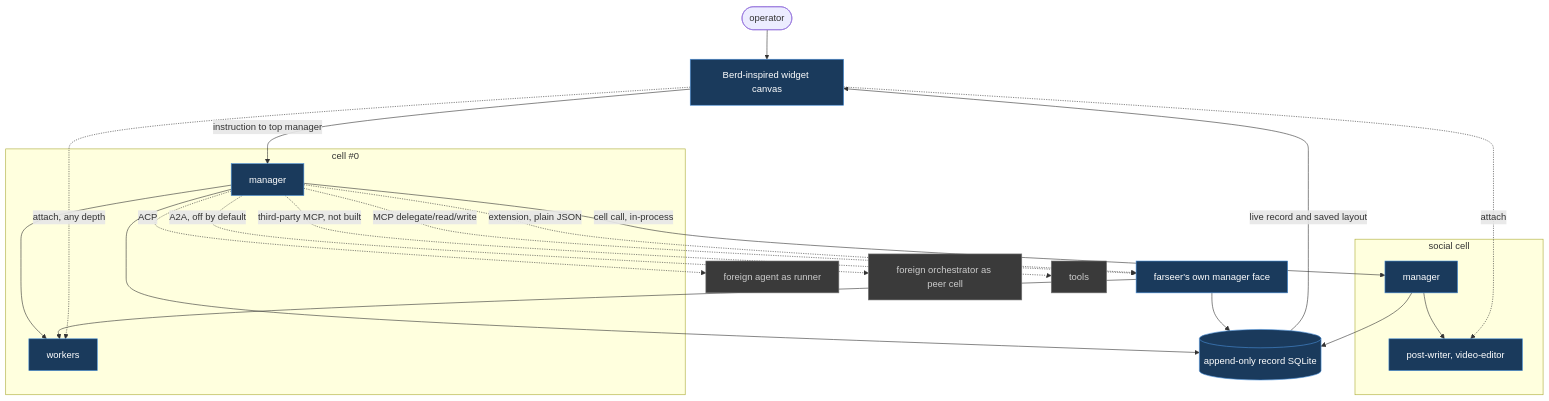
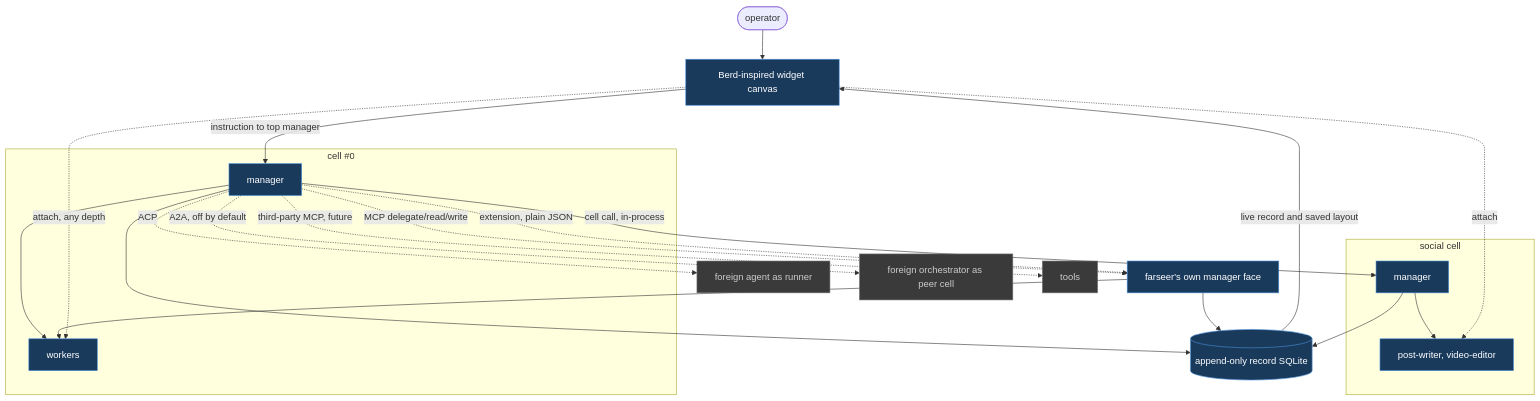
One commit to izanorshahril/farseer changed the diagram in README.md. Above: the diagram before and after it, drawn with Mermaid. The commit also changed other lines of this file and 71 other files, not shown here.

````diff
--- a/README.md
+++ b/README.md
@@ -25,37 +26,37 @@
 ```mermaid
 graph TD
   OP([operator]) --> UI[Berd-inspired widget canvas]
   UI -->|instruction to top manager| M0
 
   subgraph C0["cell #0"]
     M0[manager]
     W0[workers]
     M0 --> W0
   end
 
   subgraph CS["social cell"]
     MS[manager]
     WS[post-writer, video-editor]
     MS --> WS
   end
 
   M0 -->|cell call, in-process| MS
   M0 -.->|ACP| RUN[foreign agent as runner]
   M0 -.->|A2A, off by default| PEER[foreign orchestrator as peer cell]
-  M0 -.->|third-party MCP, not built| TOOL[tools]
+  M0 -.->|third-party MCP, future| TOOL[tools]
   M0 -.->|MCP delegate/read/write| MCPFACE[farseer's own manager face]
   M0 -.->|extension, plain JSON| MCPFACE
   MCPFACE --> W0
   MCPFACE --> REC
 
   M0 --> REC[(append-only record SQLite)]
   MS --> REC
   REC -->|live record and saved layout| UI
   UI -.->|attach, any depth| W0
   UI -.->|attach| WS
 
   classDef core fill:#1a3a5c,stroke:#4a90d9,color:#fff
   classDef ext fill:#3a3a3a,stroke:#777,color:#ccc
   class UI,M0,MS,W0,WS,REC,MCPFACE core
   class RUN,PEER,TOOL ext
 ```
````
